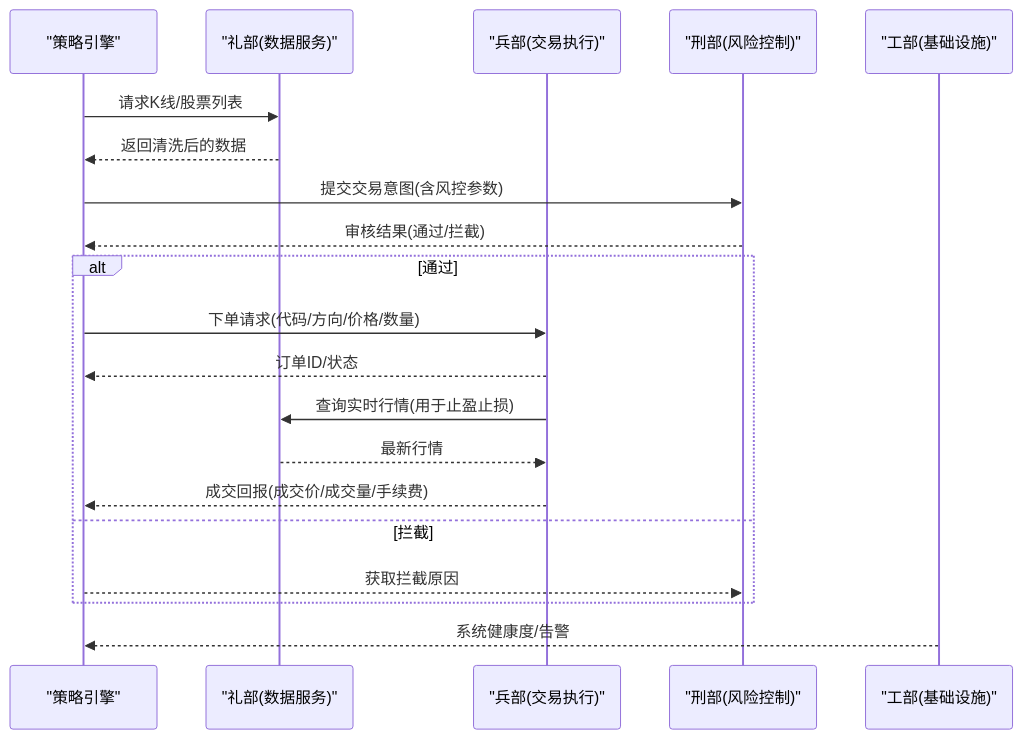
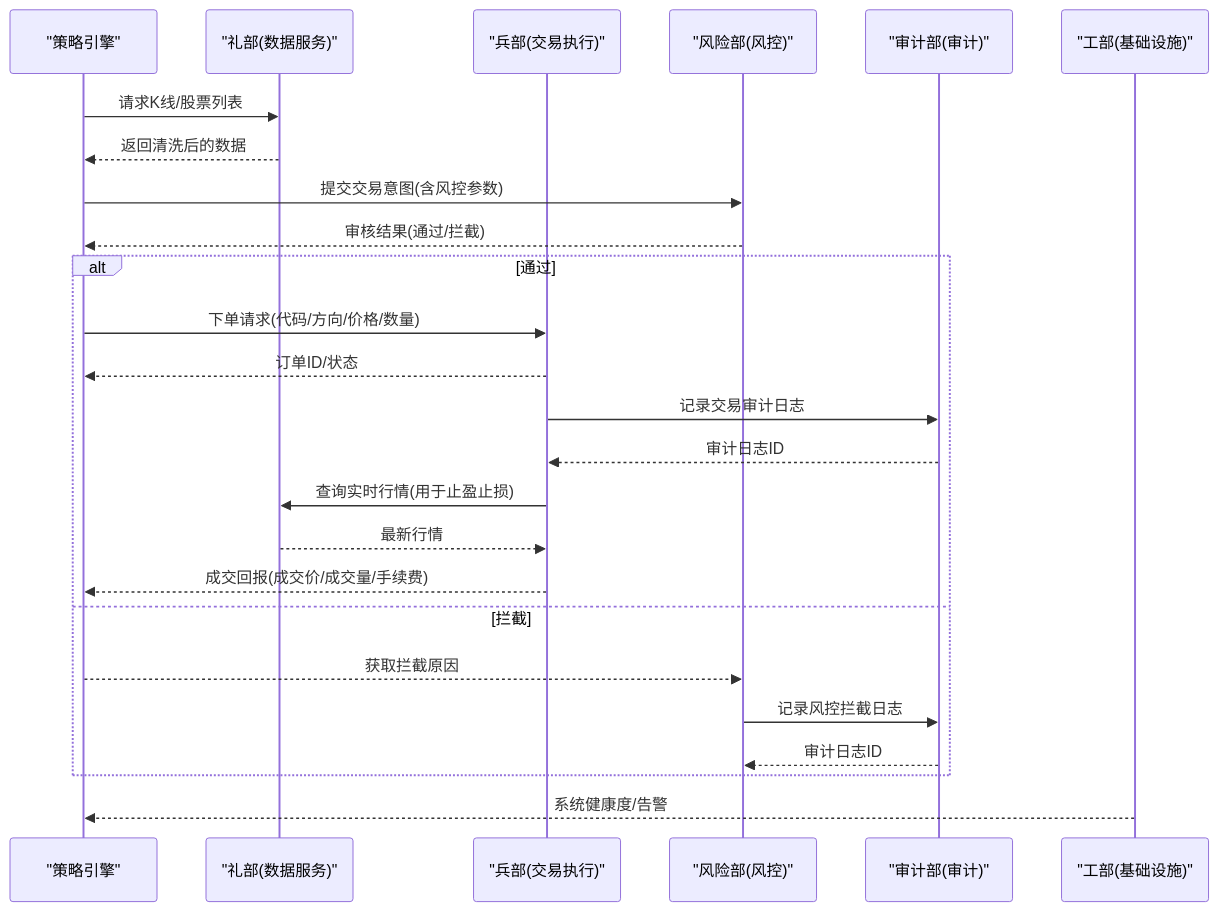
The second of 12 diagrams in .qoder/repowiki/zh/content/六部职能模块/六部职能模块.md (Magicer2024/AIQuant), drawn with Mermaid before and after one commit. The commit also changed other lines of this file and 62 other files, not shown here.

First line of the commit message:
refactor: migrate modules to 六部 ministries architecture

````diff
--- a/.qoder/repowiki/zh/content/六部职能模块/六部职能模块.md
+++ b/.qoder/repowiki/zh/content/六部职能模块/六部职能模块.md
@@ -185,22 +229,27 @@
 ```mermaid
 sequenceDiagram
 participant Strategy as "策略引擎"
 participant Rites as "礼部(数据服务)"
 participant War as "兵部(交易执行)"
-participant Justice as "刑部(风险控制)"
+participant Risk as "风险部(风控)"
+participant Audit as "审计部(审计)"
 participant Works as "工部(基础设施)"
 Strategy->>Rites : 请求K线/股票列表
 Rites-->>Strategy : 返回清洗后的数据
-Strategy->>Justice : 提交交易意图(含风控参数)
-Justice-->>Strategy : 审核结果(通过/拦截)
+Strategy->>Risk : 提交交易意图(含风控参数)
+Risk-->>Strategy : 审核结果(通过/拦截)
 alt 通过
 Strategy->>War : 下单请求(代码/方向/价格/数量)
 War-->>Strategy : 订单ID/状态
+War->>Audit : 记录交易审计日志
+Audit-->>War : 审计日志ID
 War->>Rites : 查询实时行情(用于止盈止损)
 Rites-->>War : 最新行情
 War-->>Strategy : 成交回报(成交价/成交量/手续费)
 else 拦截
-Strategy-->>Justice : 获取拦截原因
+Strategy-->>Risk : 获取拦截原因
+Risk->>Audit : 记录风控拦截日志
+Audit-->>Risk : 审计日志ID
 end
 Works-->>Strategy : 系统健康度/告警
 ```
````
